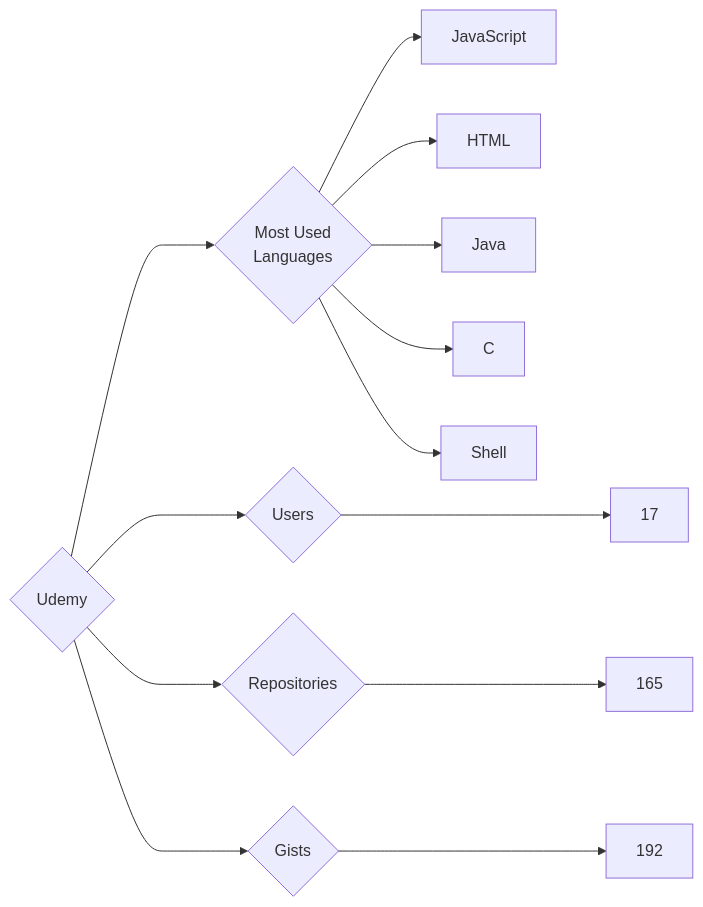
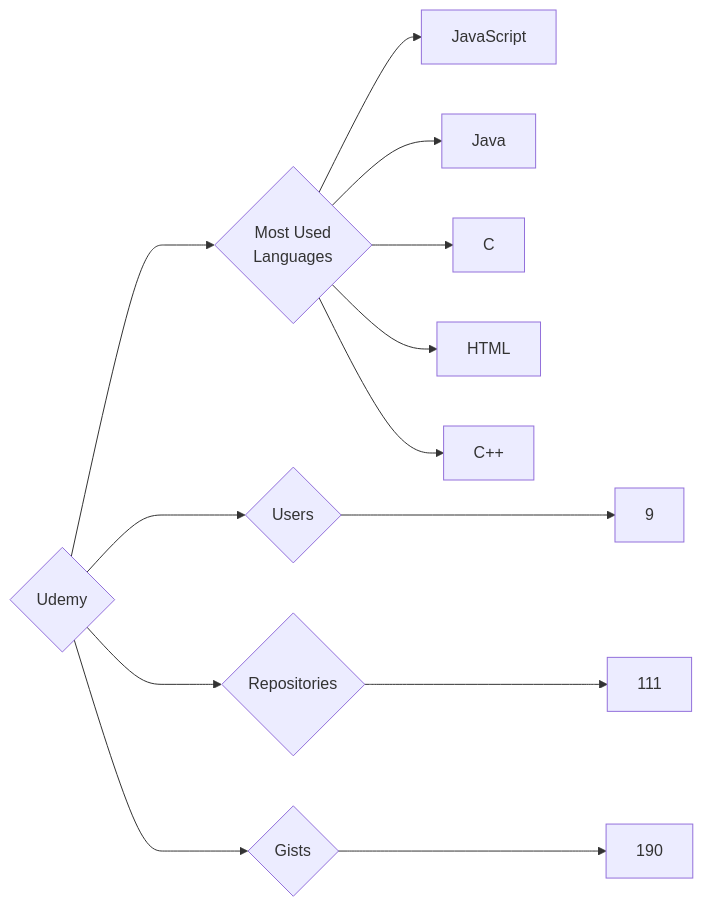
The diagram in targets/Udemy/README.md (trickest/insiders), drawn with Mermaid before and after one commit. The commit also changed 677 other files, not shown here.

````diff
--- a/targets/Udemy/README.md
+++ b/targets/Udemy/README.md
@@ -3,13 +3,13 @@
 ```mermaid
 graph LR
 COMPANY_NAME{Udemy}
-COMPANY_NAME ---> U{Users} ---> UN[17]
-COMPANY_NAME ---> R{Repositories} ---> RN[165]
-COMPANY_NAME ---> G{Gists} ---> GN[192]
+COMPANY_NAME ---> U{Users} ---> UN[9]
+COMPANY_NAME ---> R{Repositories} ---> RN[111]
+COMPANY_NAME ---> G{Gists} ---> GN[190]
 COMPANY_NAME ---> ML{Most Used<br>Languages}
 ML --> JavaScript[JavaScript]
-ML --> HTML[HTML]
 ML --> Java[Java]
 ML --> C[C]
-ML --> Shell[Shell]
+ML --> HTML[HTML]
+ML --> C++[C++]
 ```
````
